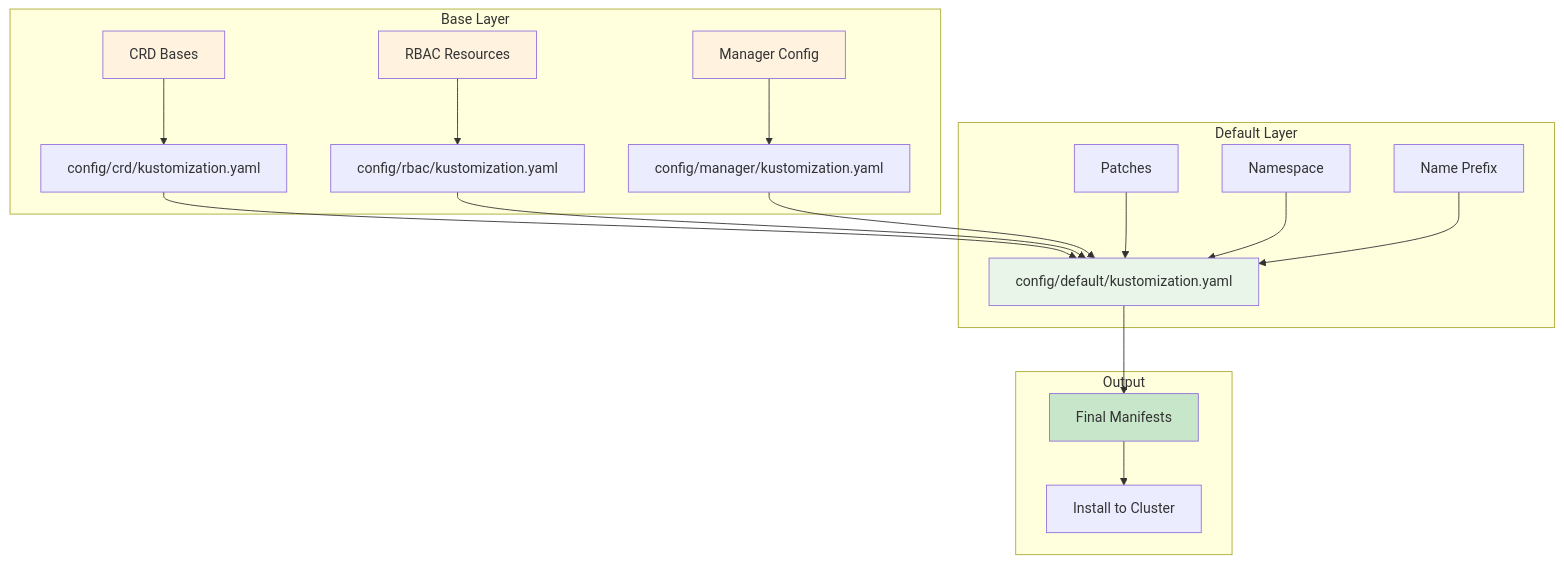
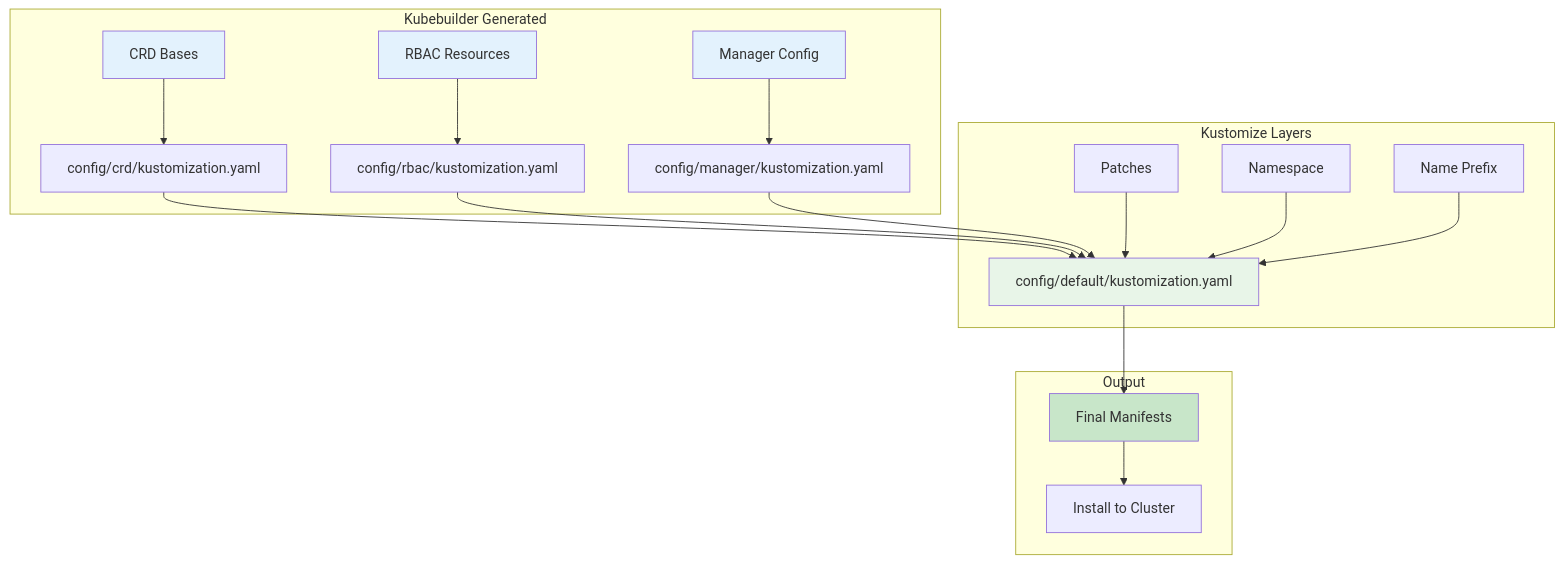
Before and after one commit to liweinan/k8s-example: the third of 5 diagrams in operator-example/README.md, drawn with Mermaid. The commit also changed other lines of this file, not shown here.

````diff
--- a/operator-example/README.md
+++ b/operator-example/README.md
@@ -187,28 +230,28 @@
 ```mermaid
 graph TB
-    subgraph "Base Layer"
+    subgraph "Kubebuilder Generated"
         A[CRD Bases] --> D[config/crd/kustomization.yaml]
         B[RBAC Resources] --> E[config/rbac/kustomization.yaml]
         C[Manager Config] --> F[config/manager/kustomization.yaml]
     end
     
-    subgraph "Default Layer"
+    subgraph "Kustomize Layers"
         D --> G[config/default/kustomization.yaml]
         E --> G
         F --> G
         H[Patches] --> G
         I[Namespace] --> G
         J[Name Prefix] --> G
     end
     
     subgraph "Output"
         G --> K[Final Manifests]
         K --> L[Install to Cluster]
     end
     
-    style A fill:#fff3e0
-    style B fill:#fff3e0
-    style C fill:#fff3e0
+    style A fill:#e3f2fd
+    style B fill:#e3f2fd
+    style C fill:#e3f2fd
     style G fill:#e8f5e8
     style K fill:#c8e6c9
 ```
````
